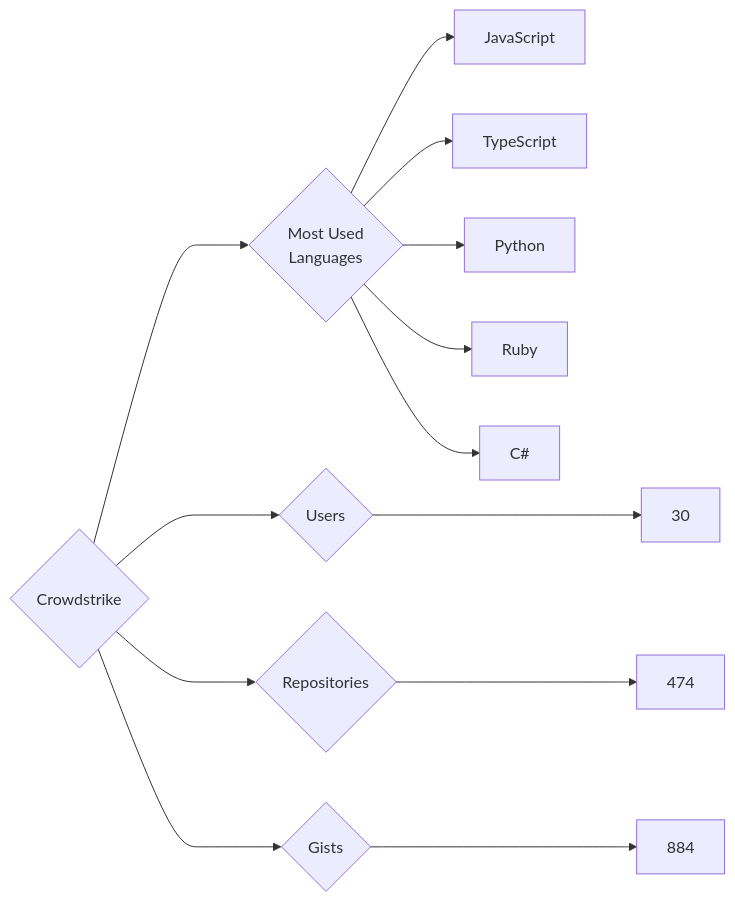
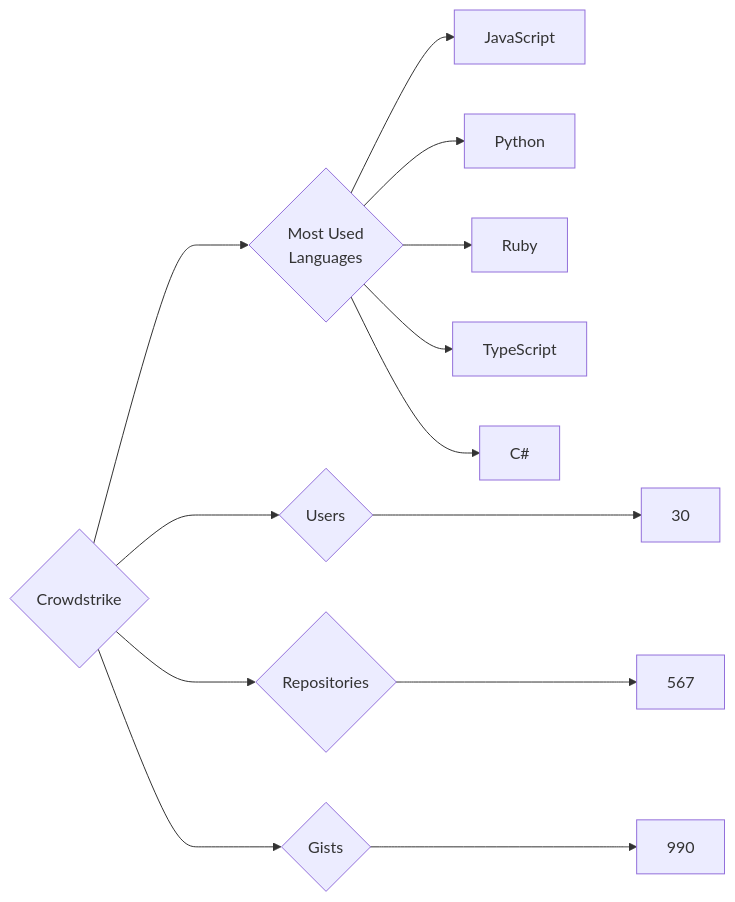
The diagram in targets/Crowdstrike/README.md (trickest/insiders), drawn with Mermaid before and after one commit. The commit also changed 823 other files, not shown here.

````diff
--- a/targets/Crowdstrike/README.md
+++ b/targets/Crowdstrike/README.md
@@ -3,13 +3,13 @@
 ```mermaid
 graph LR
 COMPANY_NAME{Crowdstrike}
 COMPANY_NAME ---> U{Users} ---> UN[30]
-COMPANY_NAME ---> R{Repositories} ---> RN[474]
-COMPANY_NAME ---> G{Gists} ---> GN[884]
+COMPANY_NAME ---> R{Repositories} ---> RN[567]
+COMPANY_NAME ---> G{Gists} ---> GN[990]
 COMPANY_NAME ---> ML{Most Used<br>Languages}
 ML --> JavaScript[JavaScript]
-ML --> TypeScript[TypeScript]
 ML --> Python[Python]
 ML --> Ruby[Ruby]
+ML --> TypeScript[TypeScript]
 ML --> C#[C#]
 ```
````
